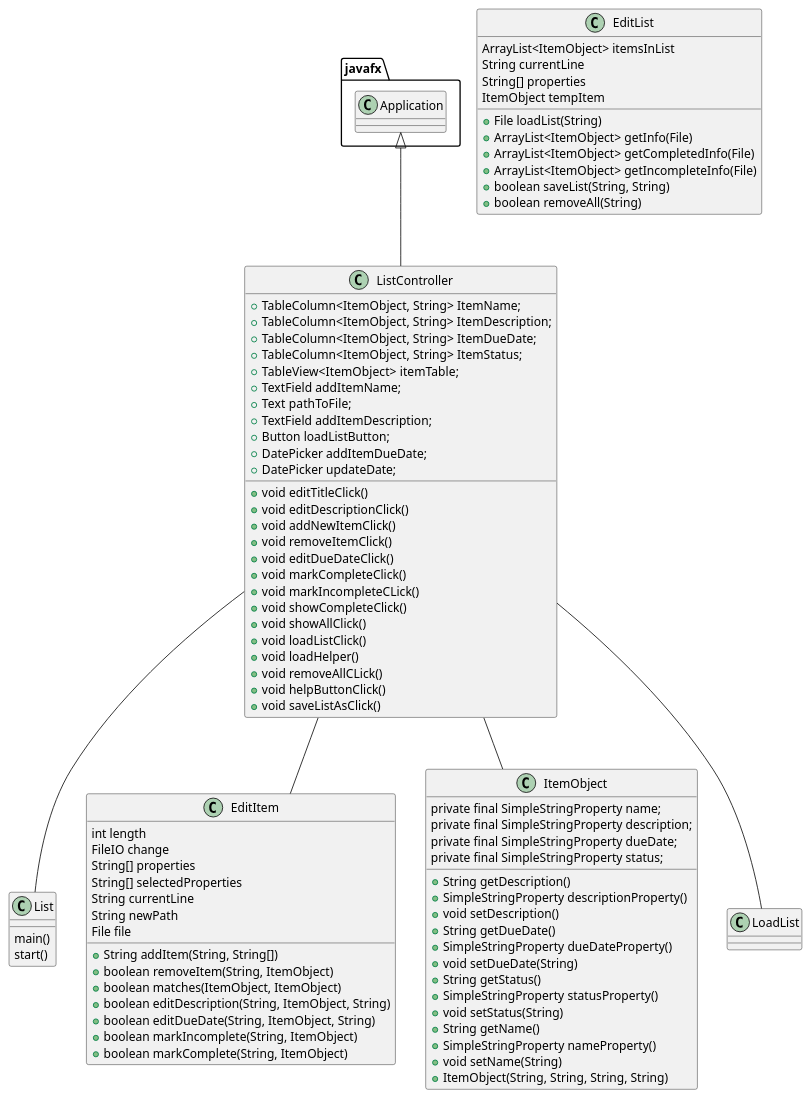
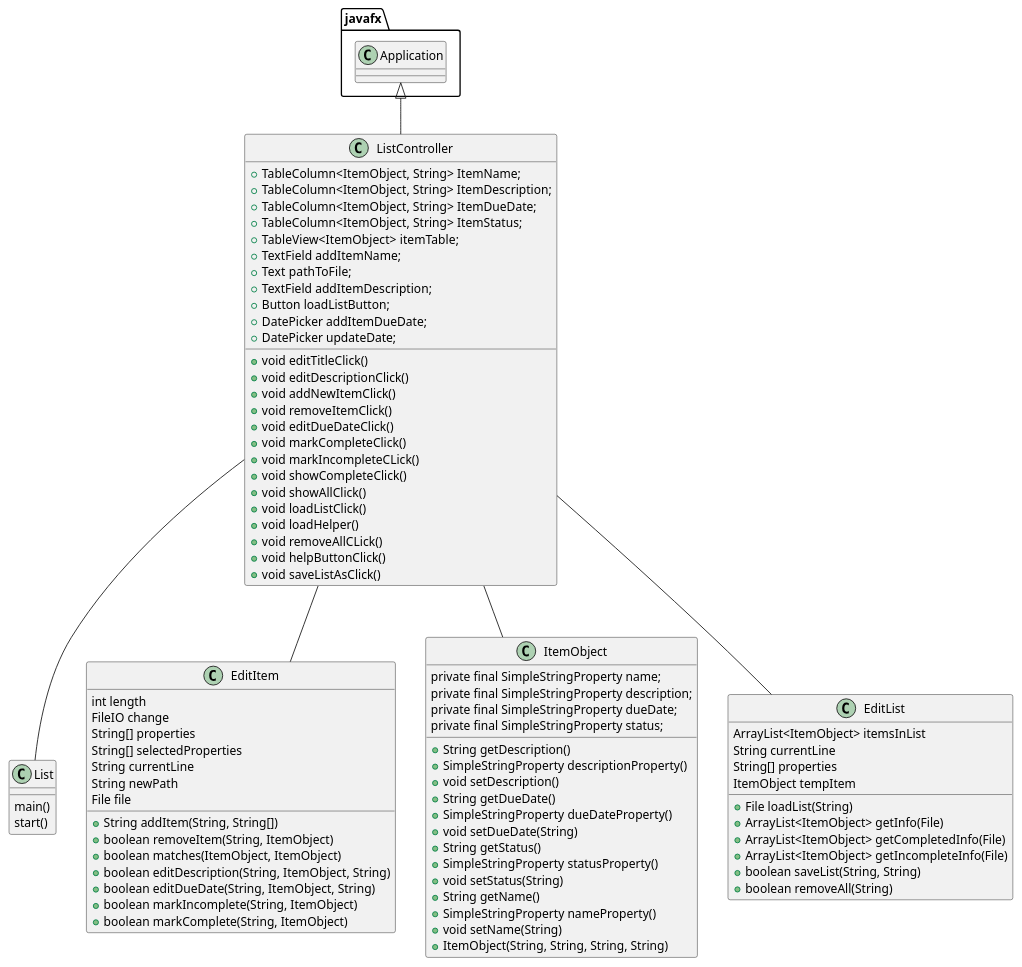
One commit to MicahPB01/Puccio-Ball-cop3330-assignment4part2 changed the diagram in uml/List.puml. Above: the diagram before and after it, drawn with PlantUML.

```diff
--- a/uml/List.puml
+++ b/uml/List.puml
@@ -1,98 +1,98 @@
 @startuml
 'https://plantuml.com/sequence-diagram
 
 class List{
     main()
     start()
 
 }
 class ListController{
 +TableColumn<ItemObject, String> ItemName;
 +TableColumn<ItemObject, String> ItemDescription;
 +TableColumn<ItemObject, String> ItemDueDate;
 +TableColumn<ItemObject, String> ItemStatus;
 +TableView<ItemObject> itemTable;
 +TextField addItemName;
 +Text pathToFile;
 +TextField addItemDescription;
 +Button loadListButton;
 +DatePicker addItemDueDate;
 +DatePicker updateDate;
 +void editTitleClick()
 +void editDescriptionClick()
 +void addNewItemClick()
 +void removeItemClick()
 +void editDueDateClick()
 +void markCompleteClick()
 +void markIncompleteCLick()
 +void showCompleteClick()
 +void showAllClick()
 +void loadListClick()
 +void loadHelper()
 +void removeAllCLick()
 +void helpButtonClick()
 +void saveListAsClick()
 }
 
 class EditItem{
 int length
 FileIO change
 String[] properties
 String[] selectedProperties
 String currentLine
 String newPath
 File file
 +String addItem(String, String[])
 +boolean removeItem(String, ItemObject)
 +boolean matches(ItemObject, ItemObject)
 +boolean editDescription(String, ItemObject, String)
 +boolean editDueDate(String, ItemObject, String)
 +boolean markIncomplete(String, ItemObject)
 +boolean markComplete(String, ItemObject)
 }
 
 class ItemObject{
     private final SimpleStringProperty name;
     private final SimpleStringProperty description;
     private final SimpleStringProperty dueDate;
     private final SimpleStringProperty status;
     +String getDescription()
     +SimpleStringProperty descriptionProperty()
     +void setDescription()
     +String getDueDate()
     +SimpleStringProperty dueDateProperty()
     +void setDueDate(String)
     +String getStatus()
     +SimpleStringProperty statusProperty()
     +void setStatus(String)
     +String getName()
     +SimpleStringProperty nameProperty()
     +void setName(String)
     +ItemObject(String, String, String, String)
 }
 
 class EditList{
     ArrayList<ItemObject> itemsInList
     String currentLine
     String[] properties
     ItemObject tempItem
     +File loadList(String)
     +ArrayList<ItemObject> getInfo(File)
     +ArrayList<ItemObject> getCompletedInfo(File)
     +ArrayList<ItemObject> getIncompleteInfo(File)
     +boolean saveList(String, String)
     +boolean removeAll(String)
 }
 
 
 
 javafx.Application <|-- ListController
 
 ListController -- List
 ListController -- EditItem
 ListController -- ItemObject
-ListController -- LoadList
+ListController -- EditList
 
 
 
 @enduml
```
